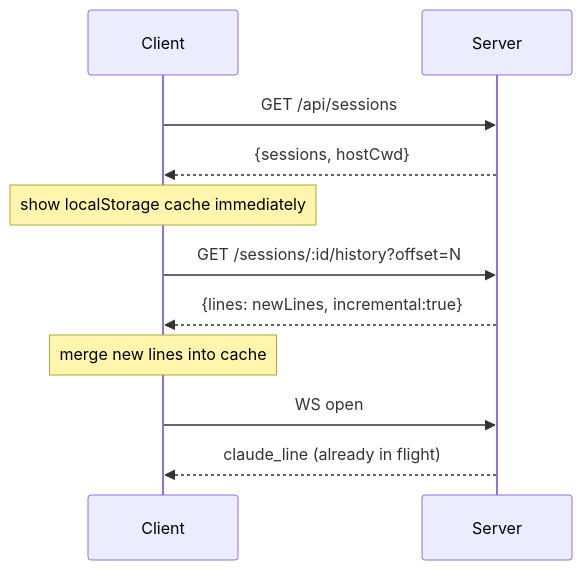
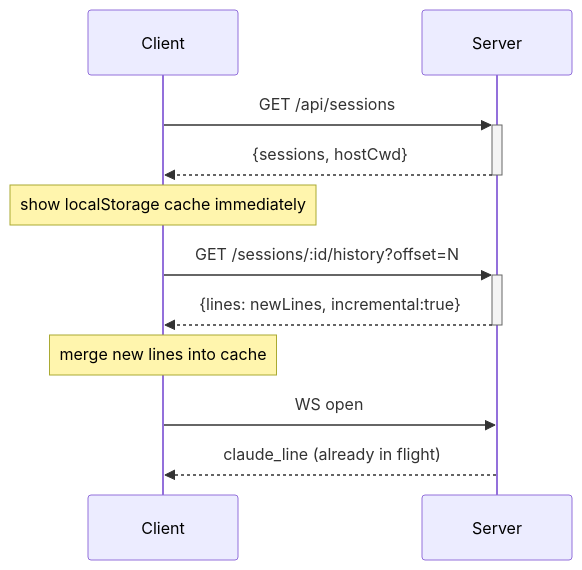
The second of 5 diagrams in protocol.spec.md (danlkv/codette), drawn with Mermaid before and after one commit. The commit also changed other lines of this file and 8 other files, not shown here.

First line of the commit message:
host echo, send pending state, mermaid fullscreen, tool open-file btn

````diff
--- a/protocol.spec.md
+++ b/protocol.spec.md
@@ -191,13 +202,13 @@
 ```mermaid
 sequenceDiagram
     participant C as Client
     participant S as Server
-    C->>S: GET /api/sessions
-    S-->>C: {sessions, hostCwd}
+    C->>+S: GET /api/sessions
+    S-->>-C: {sessions, hostCwd}
     Note over C: show localStorage cache immediately
-    C->>S: GET /sessions/:id/history?offset=N
-    S-->>C: {lines: newLines, incremental:true}
+    C->>+S: GET /sessions/:id/history?offset=N
+    S-->>-C: {lines: newLines, incremental:true}
     Note over C: merge new lines into cache
     C->>S: WS open
     S-->>C: claude_line (already in flight)
 ```
````
